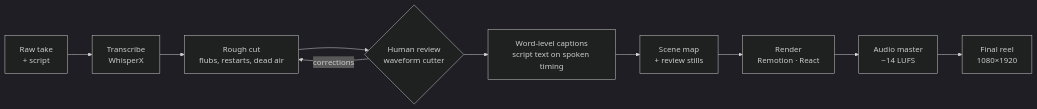
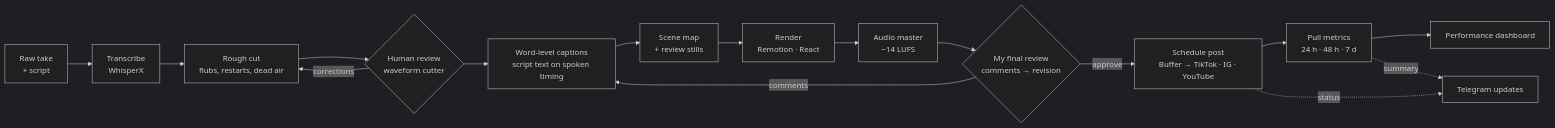
Before and after one commit to farisnizam/content-engine-showcase: the diagram in README.md, drawn with Mermaid (dark theme). The commit also changed other lines of this file, not shown here.

Commit message:
Update case study: AI cut mode, auto-posting, performance tracking, cost lesson, current numbers

````diff
--- a/README.md
+++ b/README.md
@@ -42,12 +44,18 @@
 ```mermaid
 flowchart LR
     A[Raw take<br/>+ script] --> B[Transcribe<br/>WhisperX]
     B --> C[Rough cut<br/>flubs, restarts, dead air]
     C --> D{Human review<br/>waveform cutter}
     D -- corrections --> C
     D --> E[Word-level captions<br/>script text on spoken timing]
     E --> F[Scene map<br/>+ review stills]
     F --> G[Render<br/>Remotion · React]
     G --> H[Audio master<br/>−14 LUFS]
-    H --> I[Final reel<br/>1080×1920]
+    H --> R{My final review<br/>comments → revision}
+    R -- comments --> E
+    R -- approve --> P[Schedule post<br/>Buffer → TikTok · IG · YouTube]
+    P --> M[Pull metrics<br/>24 h · 48 h · 7 d]
+    M --> Q[Performance dashboard]
+    P -. status .-> T[Telegram updates]
+    M -. summary .-> T
 ```
````
